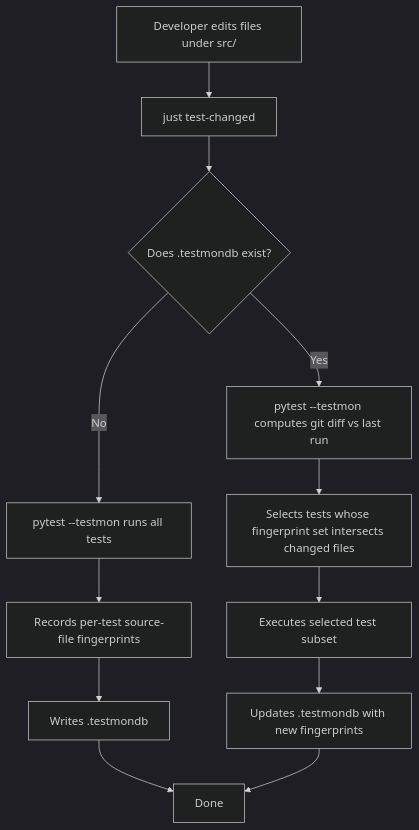
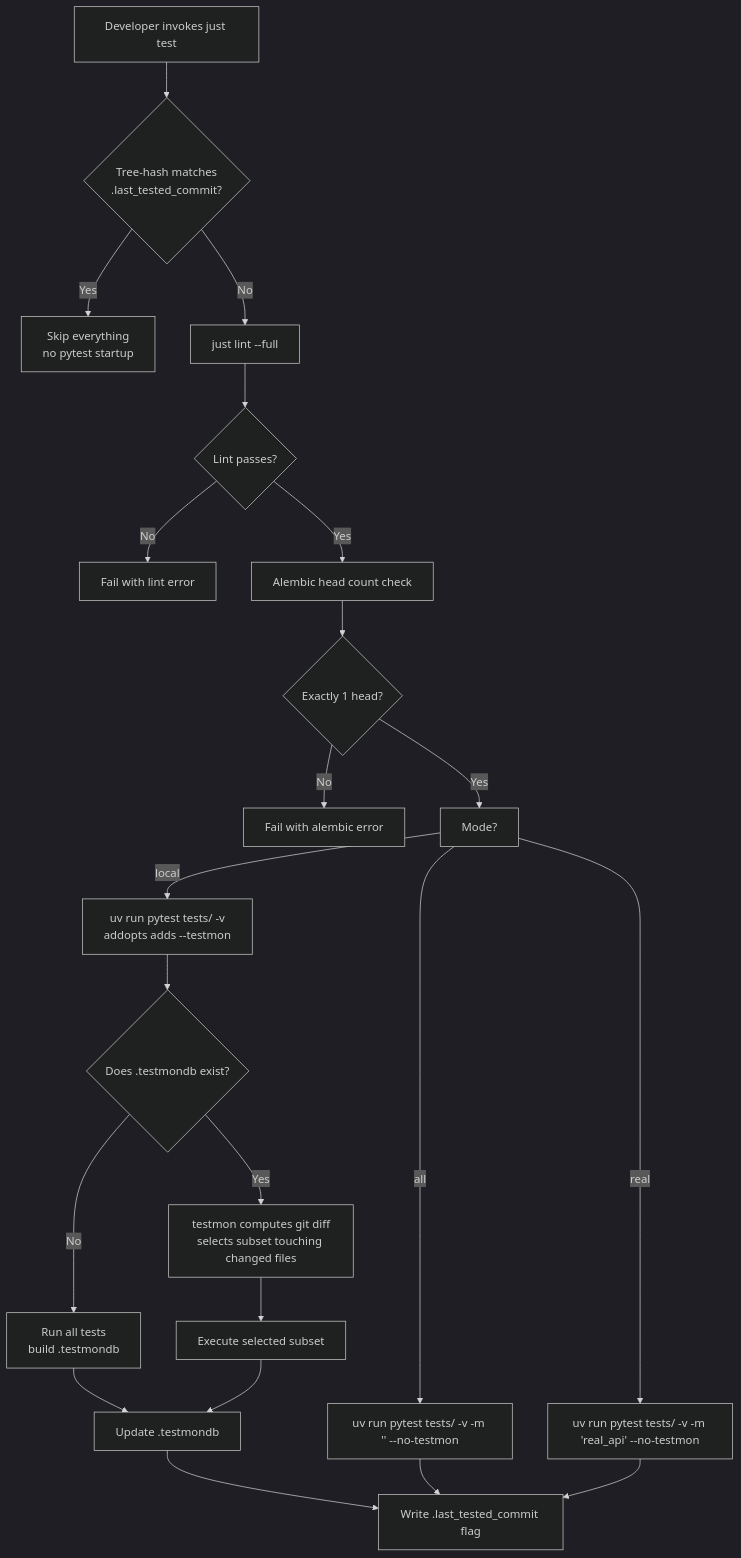
One commit to zata-zhangtao/keda changed the diagram in tasks/pending/P2-FEAT-20260622-221605-pytest-testmon-change-aware-test-selection.md. Above: the diagram before and after it, drawn with Mermaid (dark theme). The commit also changed other lines of this file, not shown here.

Commit message:
docs(prd): publish P2-FEAT-20260622-221605-pytest-testmon-change-aware-test-selection

````diff
--- a/tasks/pending/P2-FEAT-20260622-221605-pytest-testmon-change-aware-test-selection.md
+++ b/tasks/pending/P2-FEAT-20260622-221605-pytest-testmon-change-aware-test-selection.md
@@ -188,14 +220,24 @@
 ```mermaid
 flowchart TD
-    A[Developer edits files under src/] --> B[just test-changed]
-    B --> C{Does .testmondb exist?}
-    C -- No --> D[pytest --testmon runs all tests]
-    D --> E[Records per-test source-file fingerprints]
-    E --> F[Writes .testmondb]
-    C -- Yes --> G[pytest --testmon computes git diff vs last run]
-    G --> H[Selects tests whose fingerprint set intersects changed files]
-    H --> I[Executes selected test subset]
-    I --> J[Updates .testmondb with new fingerprints]
-    F --> K[Done]
-    J --> K
+    A[Developer invokes just test] --> B{Tree-hash matches<br/>.last_tested_commit?}
+    B -- Yes --> C[Skip everything<br/>no pytest startup]
+    B -- No --> D[just lint --full]
+    D --> E{Lint passes?}
+    E -- No --> F[Fail with lint error]
+    E -- Yes --> G[Alembic head count check]
+    G --> H{Exactly 1 head?}
+    H -- No --> I[Fail with alembic error]
+    H -- Yes --> J[Mode?]
+    J -- local --> K[uv run pytest tests/ -v<br/>addopts adds --testmon]
+    J -- all --> L[uv run pytest tests/ -v -m '' --no-testmon]
+    J -- real --> M[uv run pytest tests/ -v -m 'real_api' --no-testmon]
+    K --> N{Does .testmondb exist?}
+    N -- No --> O[Run all tests<br/>build .testmondb]
+    N -- Yes --> P[testmon computes git diff<br/>selects subset touching changed files]
+    O --> Q[Update .testmondb]
+    P --> R[Execute selected subset]
+    R --> Q
+    Q --> S[Write .last_tested_commit flag]
+    L --> S
+    M --> S
 ```
````
